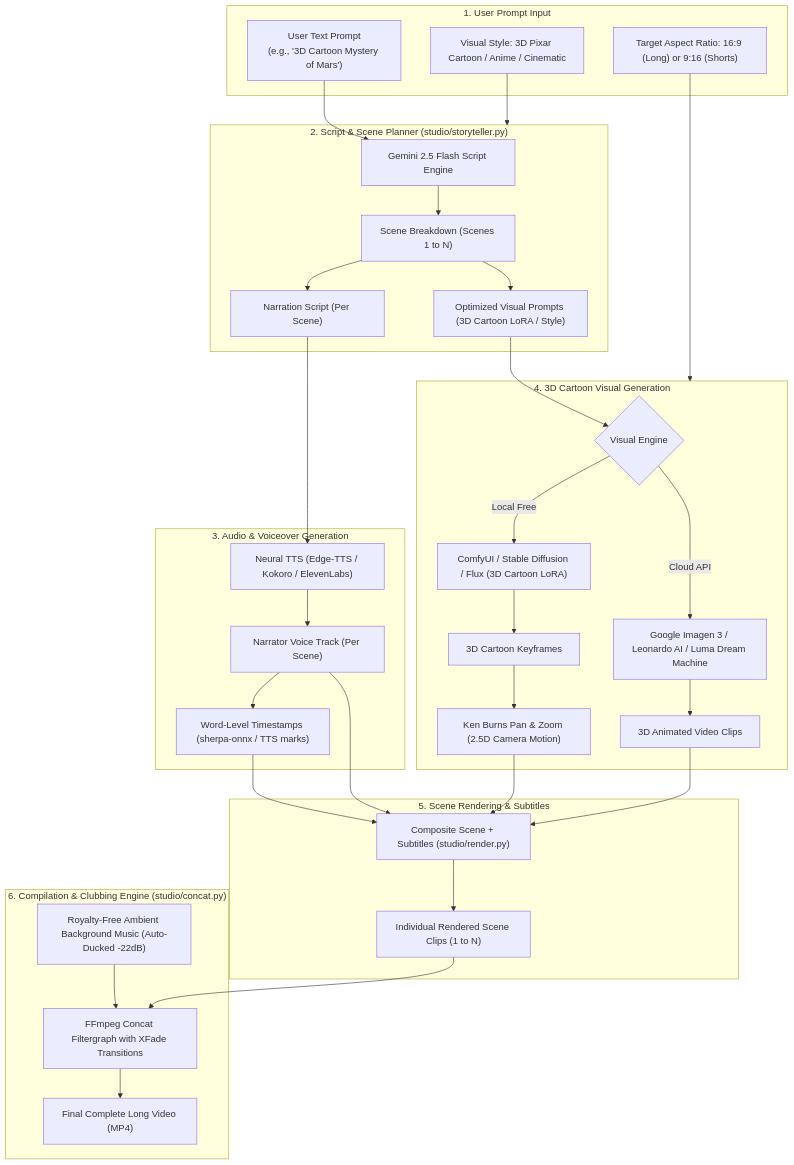
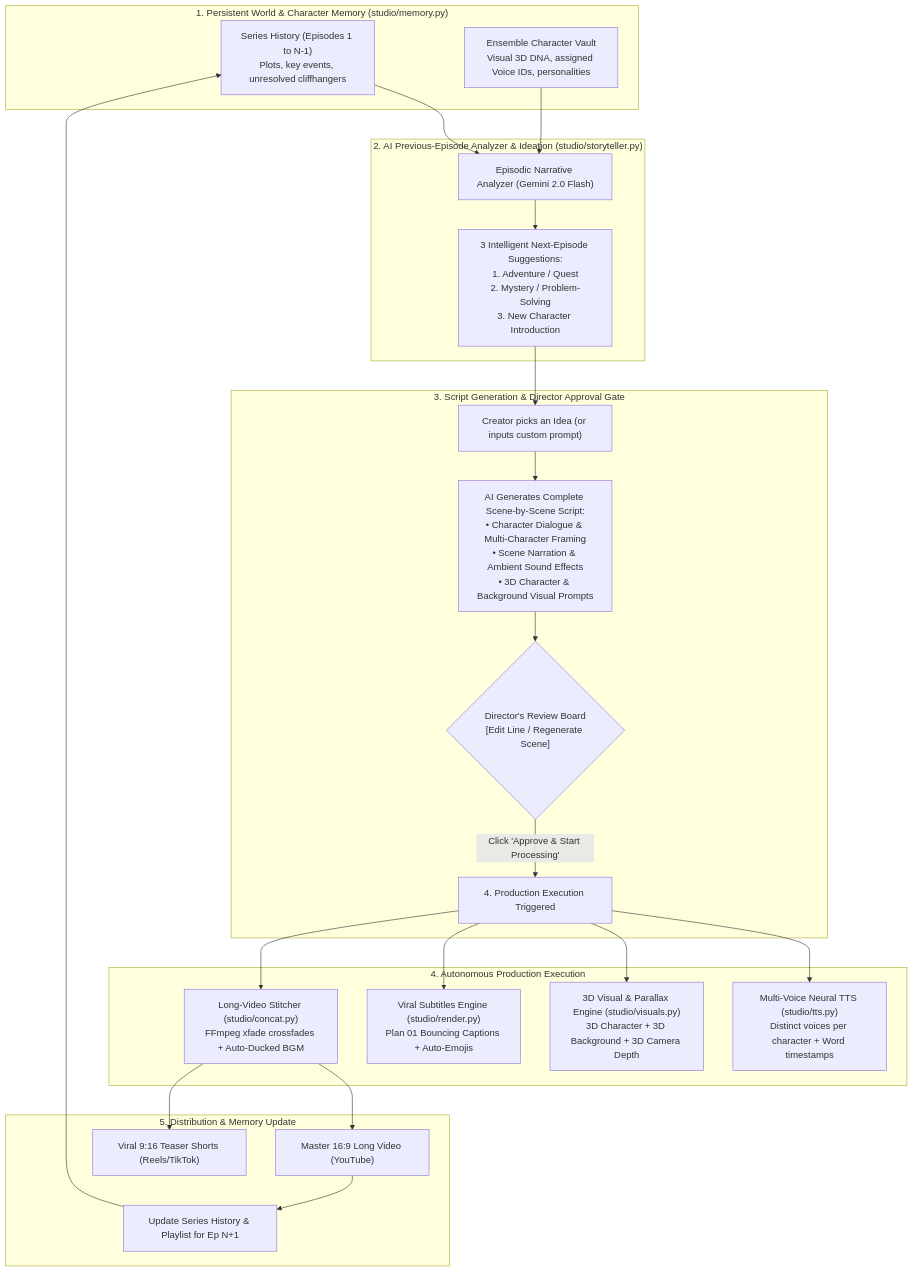
The diagram in planning/05_TEXT_TO_VIDEO_AND_COMPILATION_ENGINE.md (RajAnand132/Clipper), drawn with Mermaid before and after one commit. The commit also changed other lines of this file and 22 other files, not shown here.

Commit message:
feat: add engineering plan and stubs for autonomous 3D episodic series engine

````diff
--- a/planning/05_TEXT_TO_VIDEO_AND_COMPILATION_ENGINE.md
+++ b/planning/05_TEXT_TO_VIDEO_AND_COMPILATION_ENGINE.md
@@ -24,47 +57,34 @@
 ```mermaid
 flowchart TD
-    subgraph Input["1. User Prompt Input"]
-        P["User Text Prompt<br/>(e.g., '3D Cartoon Mystery of Mars')"]
-        Style["Visual Style: 3D Pixar Cartoon / Anime / Cinematic"]
-        Ratio["Target Aspect Ratio: 16:9 (Long) or 9:16 (Shorts)"]
+    subgraph MemoryVault["1. Persistent World & Character Memory (studio/memory.py)"]
+        PastEps["Series History (Episodes 1 to N-1)<br/>Plots, key events, unresolved cliffhangers"]
+        CastVault["Ensemble Character Vault<br/>Visual 3D DNA, assigned Voice IDs, personalities"]
     end
 
-    subgraph LLM_Planner["2. Script & Scene Planner (studio/storyteller.py)"]
-        P --> LLM["Gemini 2.5 Flash Script Engine"]
-        LLM --> S1["Scene Breakdown (Scenes 1 to N)"]
-        S1 --> S_Voice["Narration Script (Per Scene)"]
-        S1 --> S_Prompts["Optimized Visual Prompts (3D Cartoon LoRA / Style)"]
+    subgraph Ideation["2. AI Previous-Episode Analyzer & Ideation (studio/storyteller.py)"]
+        PastEps --> Analyzer["Episodic Narrative Analyzer (Gemini 2.0 Flash)"]
+        CastVault --> Analyzer
+        Analyzer --> Pitches["3 Intelligent Next-Episode Suggestions:<br/>1. Adventure / Quest<br/>2. Mystery / Problem-Solving<br/>3. New Character Introduction"]
     end
 
-    subgraph Audio_ASR["3. Audio & Voiceover Generation"]
-        S_Voice --> TTS["Neural TTS (Edge-TTS / Kokoro / ElevenLabs)"]
-        TTS --> AudioWAV["Narrator Voice Track (Per Scene)"]
-        AudioWAV --> SyncWords["Word-Level Timestamps (sherpa-onnx / TTS marks)"]
+    subgraph DirectorGate["3. Script Generation & Director Approval Gate"]
+        Pitches --> UserPick["Creator picks an Idea (or inputs custom prompt)"]
+        UserPick --> FullScript["AI Generates Complete Scene-by-Scene Script:<br/>• Character Dialogue & Multi-Character Framing<br/>• Scene Narration & Ambient Sound Effects<br/>• 3D Character & Background Visual Prompts"]
+        FullScript --> ReviewGate{"Director's Review Board<br/>[Edit Line / Regenerate Scene]"}
+        ReviewGate -->|Click 'Approve & Start Processing'| Production["4. Production Execution Triggered"]
     end
 
-    subgraph Visual_Gen["4. 3D Cartoon Visual Generation"]
-        S_Prompts --> GenEngine{"Visual Engine"}
-        GenEngine -->|Local Free| SD["ComfyUI / Stable Diffusion / Flux (3D Cartoon LoRA)"]
-        GenEngine -->|Cloud API| Cloud["Google Imagen 3 / Leonardo AI / Luma Dream Machine"]
-        SD --> Stills["3D Cartoon Keyframes"]
-        Cloud --> VideoClips["3D Animated Video Clips"]
-        Stills --> KenBurns["Ken Burns Pan & Zoom (2.5D Camera Motion)"]
+    subgraph ProductionPipeline["4. Autonomous Production Execution"]
+        Production --> MultiTTS["Multi-Voice Neural TTS (studio/tts.py)<br/>Distinct voices per character + Word timestamps"]
+        Production --> VisualGen["3D Visual & Parallax Engine (studio/visuals.py)<br/>3D Character + 3D Background + 3D Camera Depth"]
+        Production --> Subtitles["Viral Subtitles Engine (studio/render.py)<br/>Plan 01 Bouncing Captions + Auto-Emojis"]
+        Production --> Stitcher["Long-Video Stitcher (studio/concat.py)<br/>FFmpeg xfade crossfades + Auto-Ducked BGM"]
     end
 
-    subgraph Compositor["5. Scene Rendering & Subtitles"]
-        VideoClips --> SceneRender["Composite Scene + Subtitles (studio/render.py)"]
-        KenBurns --> SceneRender
-        AudioWAV --> SceneRender
-        SyncWords --> SceneRender
-        SceneRender --> IndividualClips["Individual Rendered Scene Clips (1 to N)"]
+    subgraph Output["5. Distribution & Memory Update"]
+        Stitcher --> MasterLong["Master 16:9 Long Video (YouTube)"]
+        Stitcher --> ViralShorts["Viral 9:16 Teaser Shorts (Reels/TikTok)"]
+        MasterLong --> UpdateMem["Update Series History & Playlist for Ep N+1"]
+        UpdateMem --> PastEps
     end
-
-    subgraph ConcatEngine["6. Compilation & Clubbing Engine (studio/concat.py)"]
-        IndividualClips --> Concat["FFmpeg Concat Filtergraph with XFade Transitions"]
-        BGM["Royalty-Free Ambient Background Music (Auto-Ducked -22dB)"] --> Concat
-        Concat --> FinalLongVideo["Final Complete Long Video (MP4)"]
-    end
-
-    Style --> LLM_Planner
-    Ratio --> Visual_Gen
 ```
````
